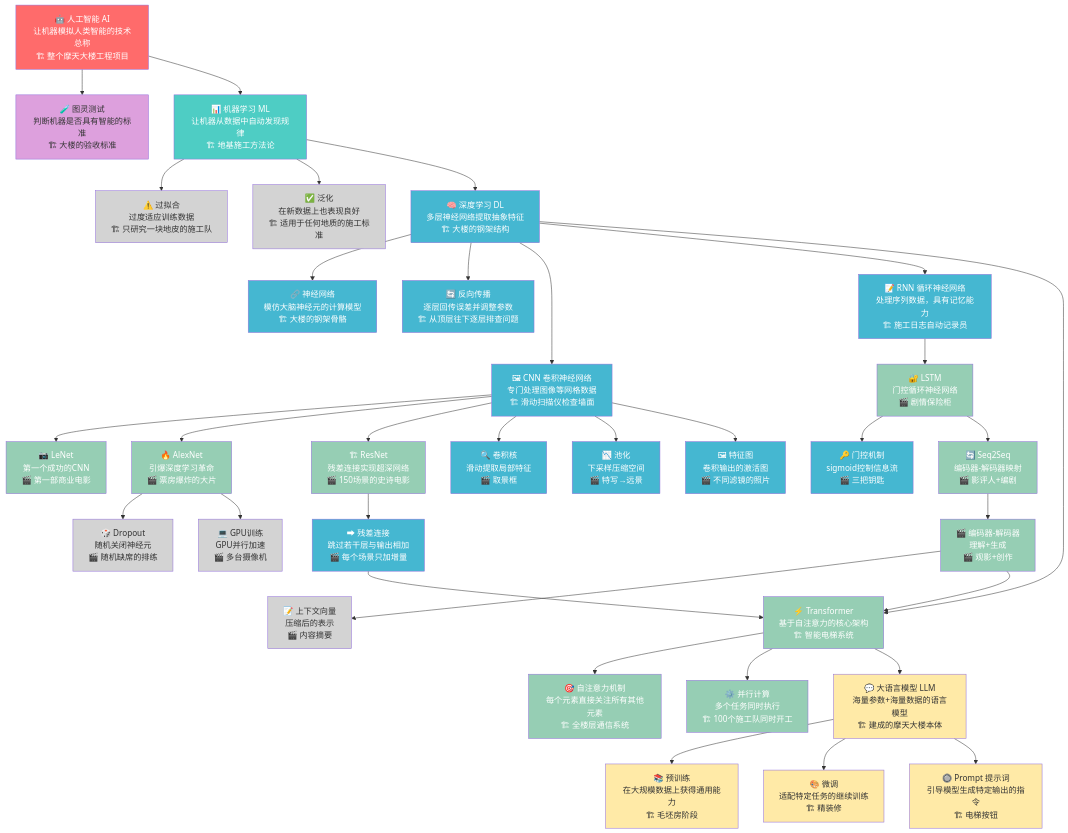
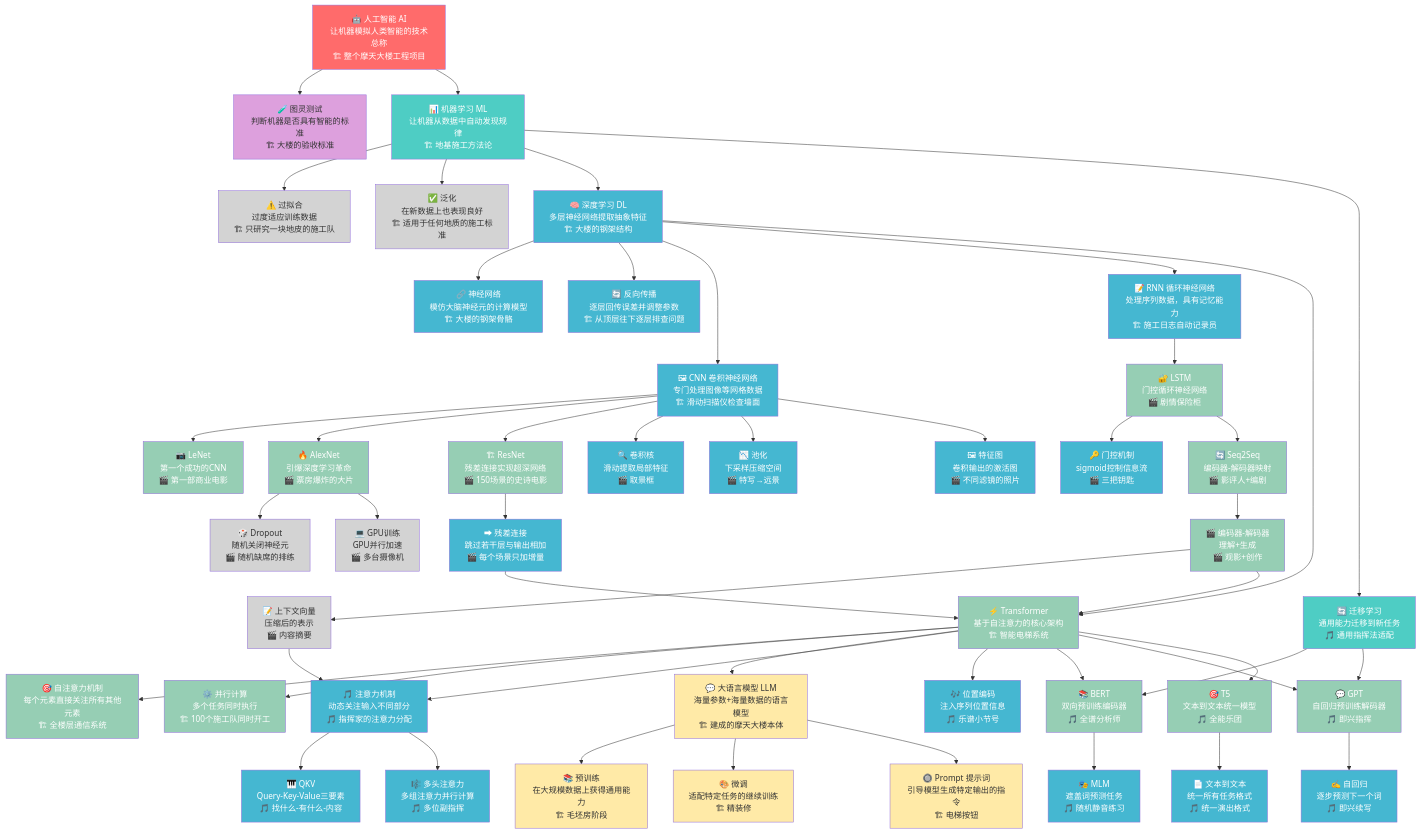
The diagram in AI知识库/02-知识图谱.md (dhorsemanpan-hub/ai-learning-kb), drawn with Mermaid before and after one commit. The commit also changed other lines of this file and 6 other files, not shown here.

Commit message:
📚 Day 4: 注意力机制与 Transformer - 自动更新

````diff
--- a/AI知识库/02-知识图谱.md
+++ b/AI知识库/02-知识图谱.md
@@ -104,6 +104,38 @@
     EncDec --> Transformer
     ResConn --> Transformer
     
+    %% ===== Day 4: 注意力机制与Transformer (2026-04-18) =====
+    
+    %% 注意力机制分支
+    Attn["🎵 注意力机制<br/>动态关注输入不同部分<br/>🎵 指挥家的注意力分配"]
+    QKV2["🎹 QKV<br/>Query-Key-Value三要素<br/>🎵 找什么-有什么-内容"]
+    MHA["🎼 多头注意力<br/>多组注意力并行计算<br/>🎵 多位副指挥"]
+    PosEnc["🎶 位置编码<br/>注入序列位置信息<br/>🎵 乐谱小节号"]
+    
+    %% 预训练模型分支
+    BERT2["📚 BERT<br/>双向预训练编码器<br/>🎵 全谱分析师"]
+    GPT2["💬 GPT<br/>自回归预训练解码器<br/>🎵 即兴指挥"]
+    T52["🎯 T5<br/>文本到文本统一模型<br/>🎵 全能乐团"]
+    MLM["🎭 MLM<br/>遮盖词预测任务<br/>🎵 随机静音练习"]
+    AR2["✍ 自回归<br/>逐步预测下一个词<br/>🎵 即兴续写"]
+    TL2["🔄 迁移学习<br/>通用能力迁移到新任务<br/>🎵 通用指挥法适配"]
+    T2T["📄 文本到文本<br/>统一所有任务格式<br/>🎵 统一演出格式"]
+    
+    Transformer --> Attn
+    Attn --> QKV2
+    Attn --> MHA
+    Transformer --> PosEnc
+    Transformer --> BERT2
+    Transformer --> GPT2
+    Transformer --> T52
+    BERT2 --> MLM
+    GPT2 --> AR2
+    T52 --> T2T
+    ML --> TL2
+    TL2 --> BERT2
+    TL2 --> GPT2
+    CtxVec --> Attn
+    
     %% 样式
     style AI fill:#FF6B6B,color:#fff
     style ML fill:#4ECDC4,color:#fff
@@ -136,4 +168,15 @@
     style Seq2Seq fill:#96CEB4,color:#fff
     style EncDec fill:#96CEB4,color:#fff
     style CtxVec fill:#D3D3D3,color:#333
+    style Attn fill:#45B7D1,color:#fff
+    style QKV2 fill:#45B7D1,color:#fff
+    style MHA fill:#45B7D1,color:#fff
+    style PosEnc fill:#45B7D1,color:#fff
+    style BERT2 fill:#96CEB4,color:#fff
+    style GPT2 fill:#96CEB4,color:#fff
+    style T52 fill:#96CEB4,color:#fff
+    style MLM fill:#45B7D1,color:#fff
+    style AR2 fill:#45B7D1,color:#fff
+    style TL2 fill:#4ECDC4,color:#fff
+    style T2T fill:#45B7D1,color:#fff
 ```
````
